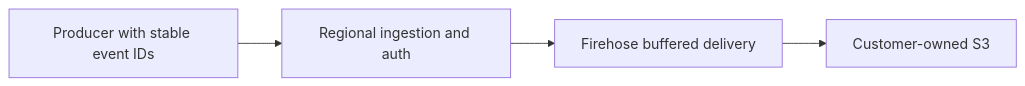
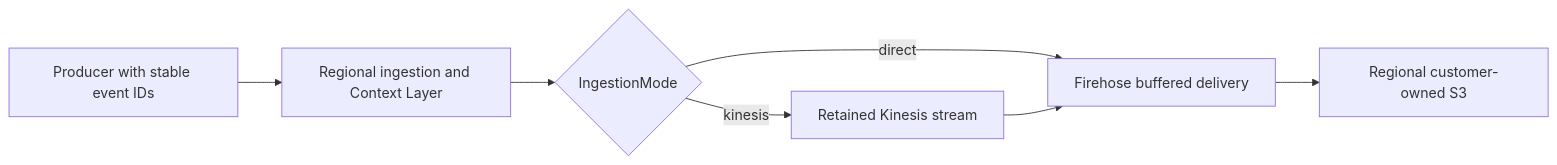
One commit to bookcicle/eventing-examples changed the diagram in docs/scaling.md. Above: the diagram before and after it, drawn with Mermaid. The commit also changed other lines of this file and 57 other files, not shown here.

First line of the commit message:
Publish version 2 Context Layer transformation and authentication starters (#2)

````diff
--- a/docs/scaling.md
+++ b/docs/scaling.md
@@ -109,6 +205,9 @@
 ```mermaid
 flowchart LR
-  app[Producer with stable event IDs] --> lambda[Regional ingestion and auth]
-  lambda --> firehose[Firehose buffered delivery]
-  firehose --> s3[Customer-owned S3]
+  app[Producer with stable event IDs] --> lambda[Regional ingestion and Context Layer]
+  lambda --> mode{IngestionMode}
+  mode -->|direct| firehose[Firehose buffered delivery]
+  mode -->|kinesis| kinesis[Retained Kinesis stream]
+  kinesis --> firehose
+  firehose --> s3[Regional customer-owned S3]
 ```
````
